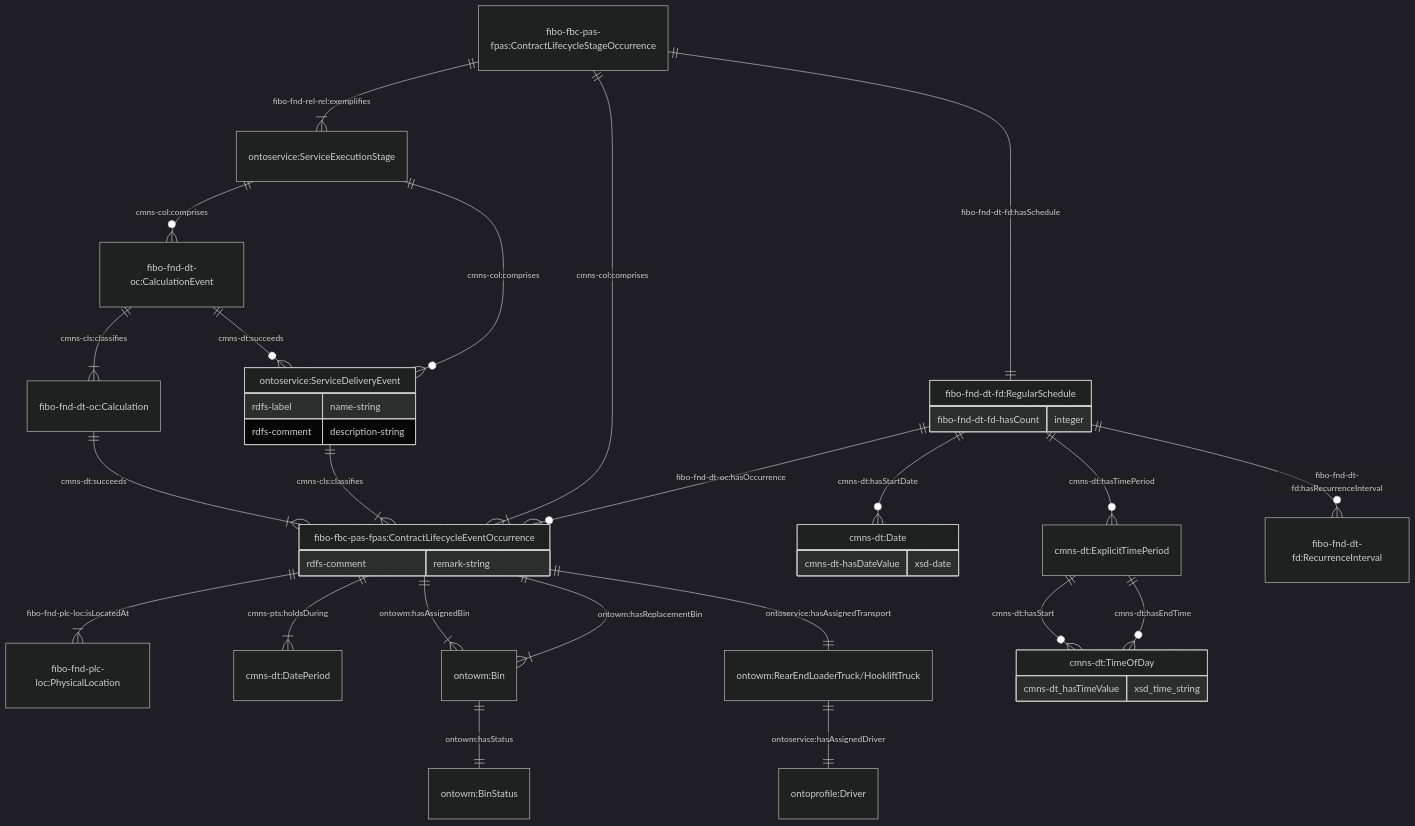
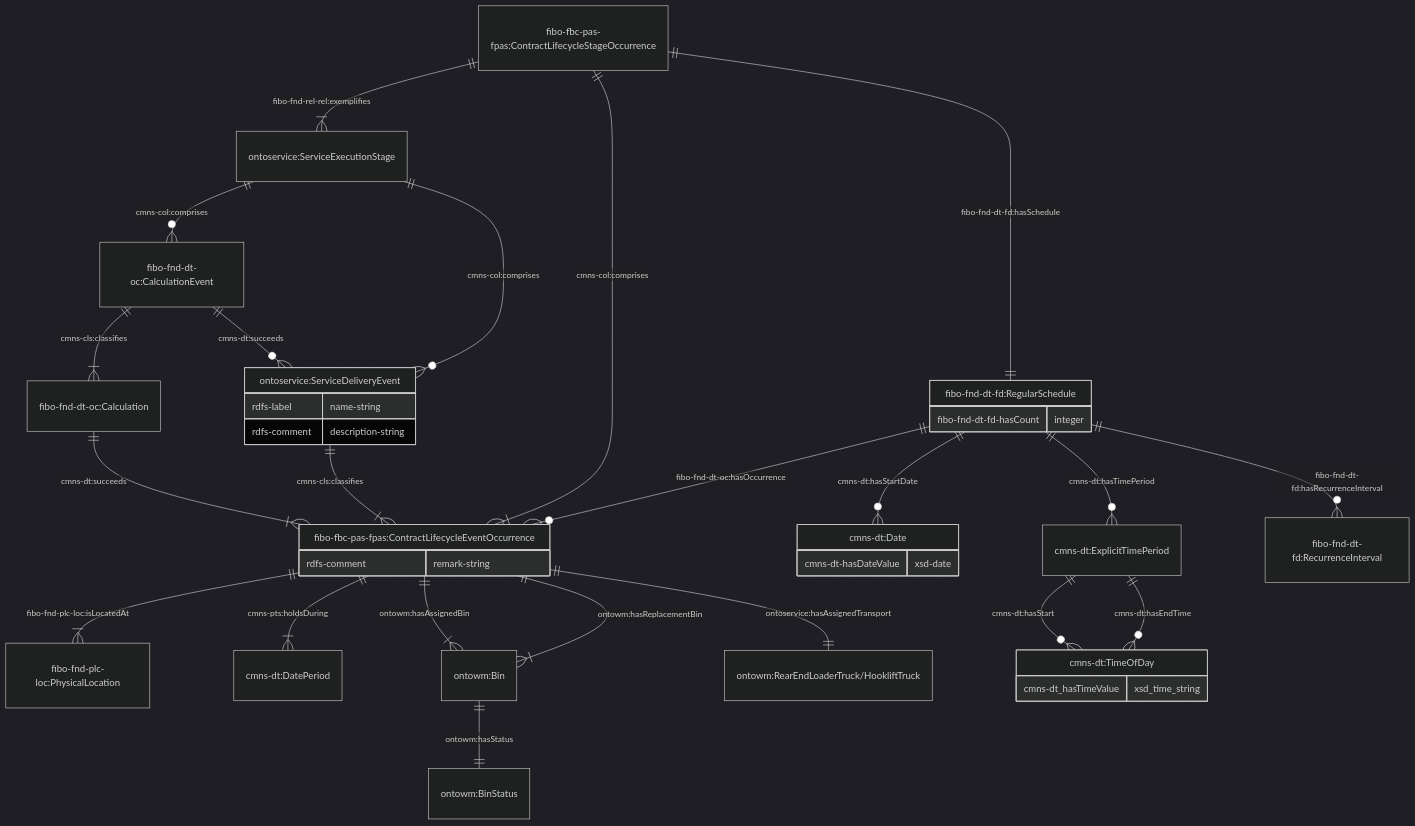
Before and after one commit to cambridge-cares/TheWorldAvatar: the fifth of 11 diagrams in JPS_Ontology/ontology/ontowastemanagement/README.md, drawn with Mermaid (dark theme). The commit also changed other lines of this file and 6 other files, not shown here.

````diff
--- a/JPS_Ontology/ontology/ontowastemanagement/README.md
+++ b/JPS_Ontology/ontology/ontowastemanagement/README.md
@@ -239,47 +239,46 @@
 ```mermaid
     erDiagram
     "ontoservice:ServiceExecutionStage" ||--o{ "fibo-fnd-dt-oc:CalculationEvent" : "cmns-col:comprises"
     "fibo-fnd-dt-oc:CalculationEvent" ||--|{ "fibo-fnd-dt-oc:Calculation" : "cmns-cls:classifies"
     "fibo-fnd-dt-oc:CalculationEvent" ||--o{ "ontoservice:ServiceDeliveryEvent" : "cmns-dt:succeeds"
     "fibo-fnd-dt-oc:Calculation" ||--|{ "fibo-fbc-pas-fpas:ContractLifecycleEventOccurrence" : "cmns-dt:succeeds"
     "ontoservice:ServiceExecutionStage" ||--o{ "ontoservice:ServiceDeliveryEvent" : "cmns-col:comprises"
     "ontoservice:ServiceDeliveryEvent" {
         rdfs-label name-string
         rdfs-comment description-string
     }
 
     "ontoservice:ServiceDeliveryEvent" ||--|{ "fibo-fbc-pas-fpas:ContractLifecycleEventOccurrence" : "cmns-cls:classifies"
 
     "fibo-fbc-pas-fpas:ContractLifecycleEventOccurrence" ||--|{ "fibo-fnd-plc-loc:PhysicalLocation" : "fibo-fnd-plc-loc:isLocatedAt"
     "fibo-fbc-pas-fpas:ContractLifecycleEventOccurrence" ||--|{ " cmns-dt:DatePeriod" : "cmns-pts:holdsDuring"
     "fibo-fbc-pas-fpas:ContractLifecycleEventOccurrence" {
         rdfs-comment remark-string
     }
 
     "fibo-fbc-pas-fpas:ContractLifecycleEventOccurrence" ||--|{ "ontowm:Bin" : "ontowm:hasAssignedBin"
     "fibo-fbc-pas-fpas:ContractLifecycleEventOccurrence" ||--|{ "ontowm:Bin" : "ontowm:hasReplacementBin"
     "ontowm:Bin" ||--|| "ontowm:BinStatus" : "ontowm:hasStatus"
 
     "fibo-fbc-pas-fpas:ContractLifecycleEventOccurrence" ||--|| "ontowm:RearEndLoaderTruck/HookliftTruck" : "ontoservice:hasAssignedTransport"
-    "ontowm:RearEndLoaderTruck/HookliftTruck" ||--|| "ontoprofile:Driver" : "ontoservice:hasAssignedDriver"
 
     "fibo-fbc-pas-fpas:ContractLifecycleStageOccurrence" ||--|{ "fibo-fbc-pas-fpas:ContractLifecycleEventOccurrence" : "cmns-col:comprises"
     "fibo-fbc-pas-fpas:ContractLifecycleStageOccurrence" ||--|{ "ontoservice:ServiceExecutionStage" : "fibo-fnd-rel-rel:exemplifies"
     "fibo-fbc-pas-fpas:ContractLifecycleStageOccurrence" ||--|| "fibo-fnd-dt-fd:RegularSchedule" : "fibo-fnd-dt-fd:hasSchedule"
     "fibo-fnd-dt-fd:RegularSchedule" ||--o{ "fibo-fbc-pas-fpas:ContractLifecycleEventOccurrence" : "fibo-fnd-dt-oc:hasOccurrence"
     "fibo-fnd-dt-fd:RegularSchedule" {
         fibo-fnd-dt-fd-hasCount integer
     }
 
     "fibo-fnd-dt-fd:RegularSchedule" ||--o{ "cmns-dt:Date" : "cmns-dt:hasStartDate"
     "cmns-dt:Date" {
         cmns-dt-hasDateValue xsd-date
     }
     "fibo-fnd-dt-fd:RegularSchedule" ||--o{ "cmns-dt:ExplicitTimePeriod" : "cmns-dt:hasTimePeriod"
     "cmns-dt:ExplicitTimePeriod" ||--o{ "cmns-dt:TimeOfDay" : "cmns-dt:hasStart"
     "cmns-dt:ExplicitTimePeriod" ||--o{ "cmns-dt:TimeOfDay" : "cmns-dt:hasEndTime"
     "cmns-dt:TimeOfDay" {
         cmns-dt_hasTimeValue xsd_time_string
     }
     "fibo-fnd-dt-fd:RegularSchedule" ||--o{ "fibo-fnd-dt-fd:RecurrenceInterval" : "fibo-fnd-dt-fd:hasRecurrenceInterval"
 ```
````
